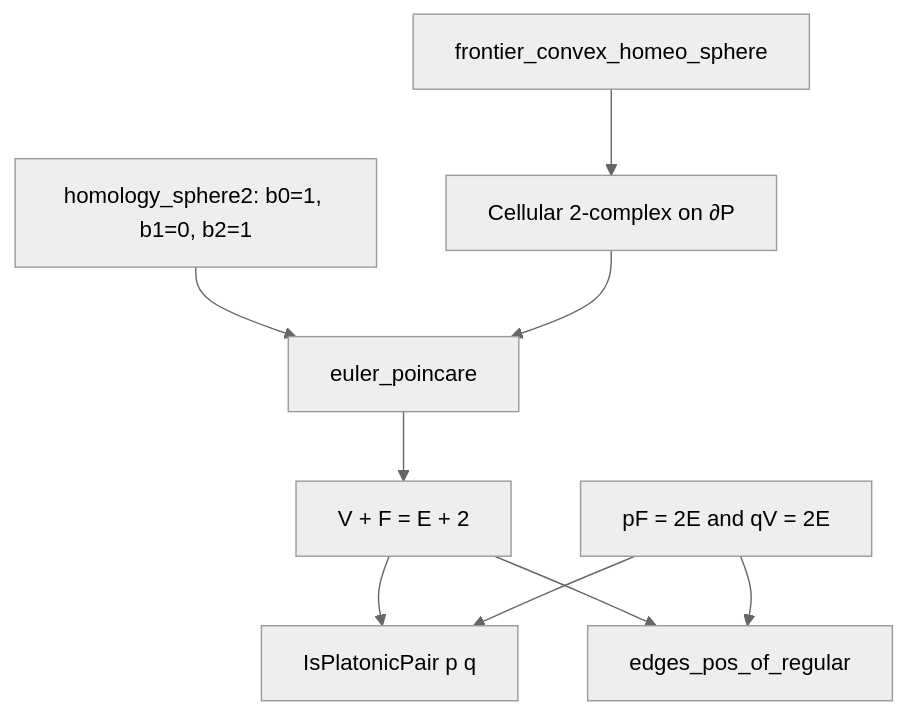
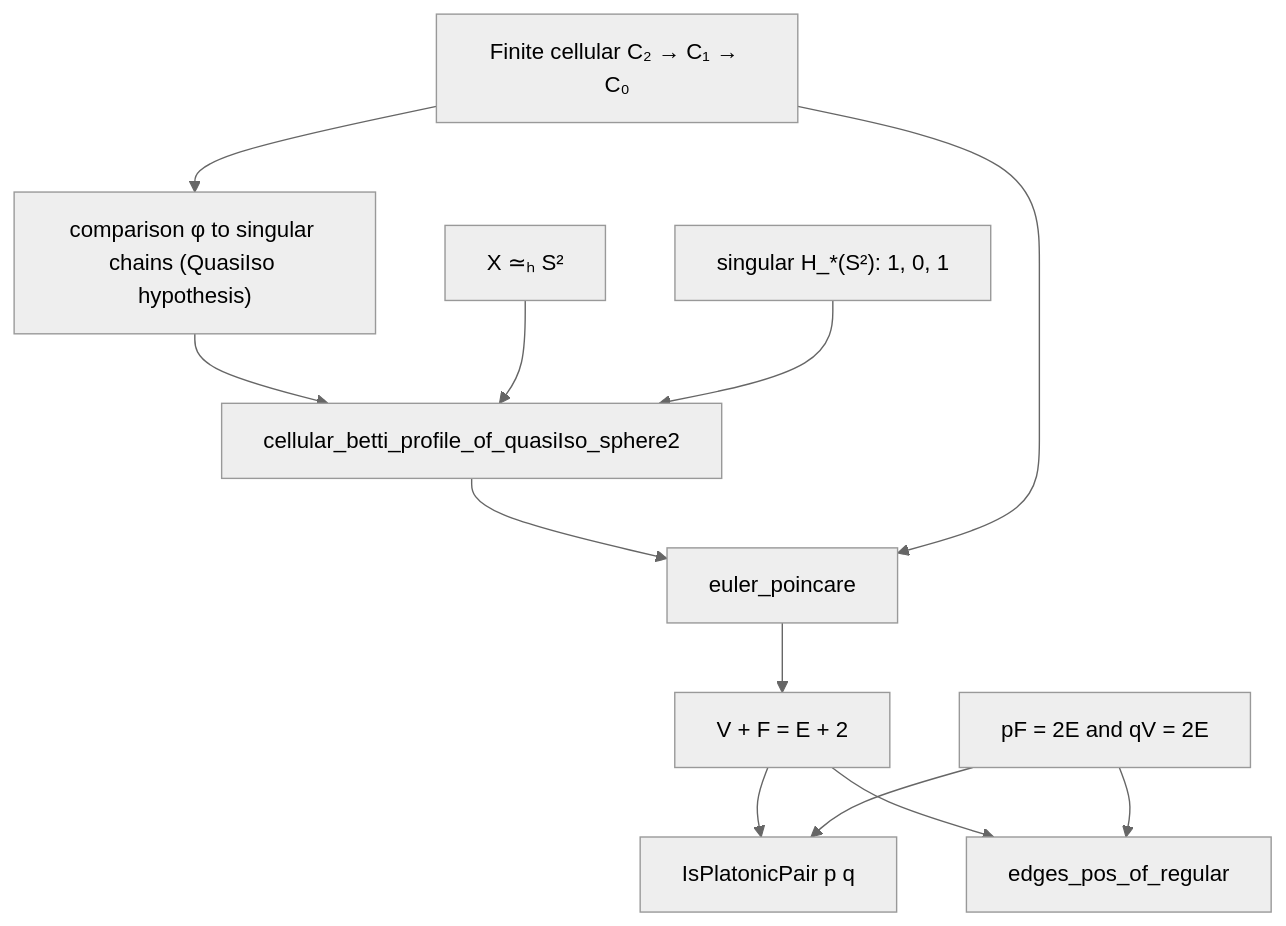
The diagram in figures/dim3-pipeline.mmd (catskillsresearch/platonic-solids), drawn with Mermaid before and after one commit. The commit also changed 16 other files, not shown here.

Commit message:
Document the cellular-to-singular homology bridge.

```diff
--- a/figures/dim3-pipeline.mmd
+++ b/figures/dim3-pipeline.mmd
@@ -1,18 +1,23 @@
 %%{init: {"theme": "neutral", "flowchart": {"htmlLabels": false, "curve": "basis"}}}%%
 flowchart TD
-  Rad["frontier_convex_homeo_sphere"]
-  Cell["Cellular 2-complex on ∂P"]
+  Rad["X ≃ₕ S²"]
+  Cell["Finite cellular C₂ → C₁ → C₀"]
+  QI["comparison φ to singular chains (QuasiIso hypothesis)"]
+  Sing["singular H_*(S²): 1, 0, 1"]
+  Betti["cellular_betti_profile_of_quasiIso_sphere2"]
   EP["euler_poincare"]
-  H2["homology_sphere2: b0=1, b1=0, b2=1"]
   Chi["V + F = E + 2"]
   Inc["pF = 2E and qV = 2E"]
   Pair["IsPlatonicPair p q"]
   Epos["edges_pos_of_regular"]
-  Rad --> Cell
-  H2 --> EP
+  Cell --> QI
+  QI --> Betti
+  Rad --> Betti
+  Sing --> Betti
+  Betti --> EP
   Cell --> EP
   EP --> Chi
   Chi --> Pair
   Inc --> Pair
   Chi --> Epos
   Inc --> Epos
```
